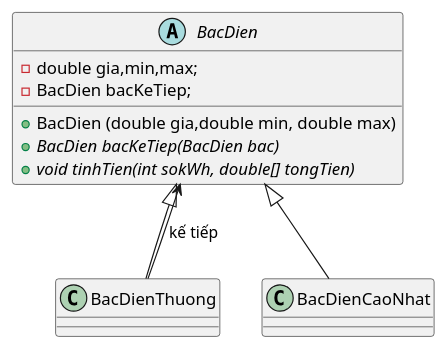
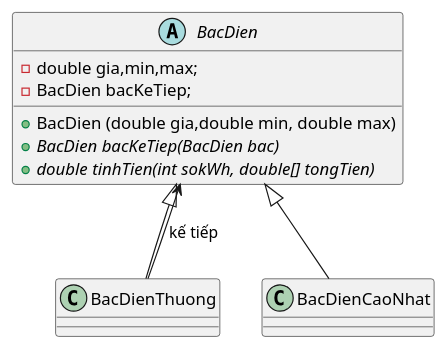
One commit to datx24/64130299_KienTrucVaThietKePhanMem changed the diagram in VD1_64130299/src/behavioral/chain_of_responsibility/BTCB3/btcb3_diagram.puml. Above: the diagram before and after it, drawn with PlantUML. The commit also changed 3 other files, not shown here.

```diff
--- a/VD1_64130299/src/behavioral/chain_of_responsibility/BTCB3/btcb3_diagram.puml
+++ b/VD1_64130299/src/behavioral/chain_of_responsibility/BTCB3/btcb3_diagram.puml
@@ -1,17 +1,17 @@
 @startuml
 'https://plantuml.com/class-diagram
 
 abstract class BacDien{
     - double gia,min,max;
     - BacDien bacKeTiep;
     + BacDien (double gia,double min, double max)
     + {abstract} BacDien bacKeTiep(BacDien bac)
-    + {abstract} void tinhTien(int sokWh, double[] tongTien)
+    + {abstract} double tinhTien(int sokWh, double[] tongTien)
 }
 class BacDienThuong{}
 class BacDienCaoNhat{}
 
 BacDien <|-- BacDienThuong
 BacDien <|-- BacDienCaoNhat
 BacDienThuong --> BacDien: kế tiếp
 @enduml
```
